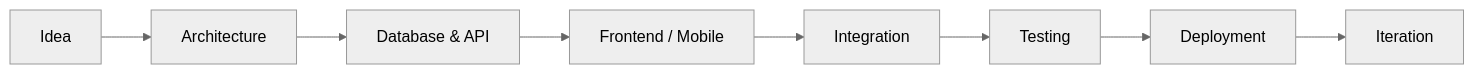
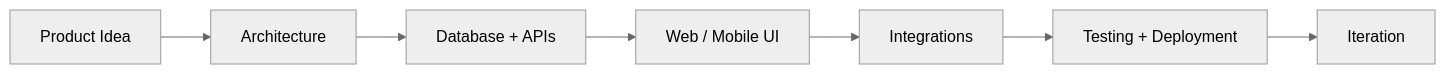
The diagram in README.md (perci7890/perci7890), drawn with Mermaid (neutral theme) before and after one commit. The commit also changed other lines of this file, not shown here.

````diff
--- a/README.md
+++ b/README.md
@@ -358,10 +271,9 @@
 ```mermaid
 flowchart LR
-    A["Idea"] --> B["Architecture"]
-    B --> C["Database & API"]
-    C --> D["Frontend / Mobile"]
-    D --> E["Integration"]
-    E --> F["Testing"]
-    F --> G["Deployment"]
-    G --> H["Iteration"]
+    A["Product Idea"] --> B["Architecture"]
+    B --> C["Database + APIs"]
+    C --> D["Web / Mobile UI"]
+    D --> E["Integrations"]
+    E --> F["Testing + Deployment"]
+    F --> G["Iteration"]
 ```
````
